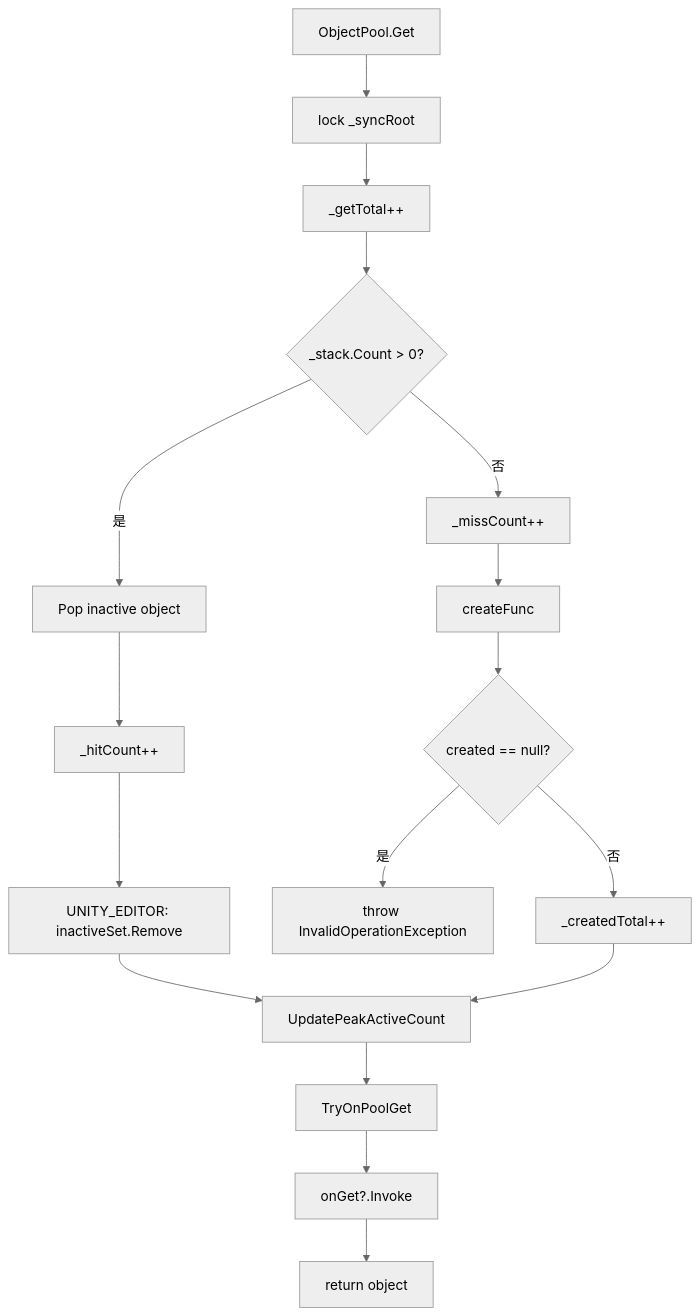
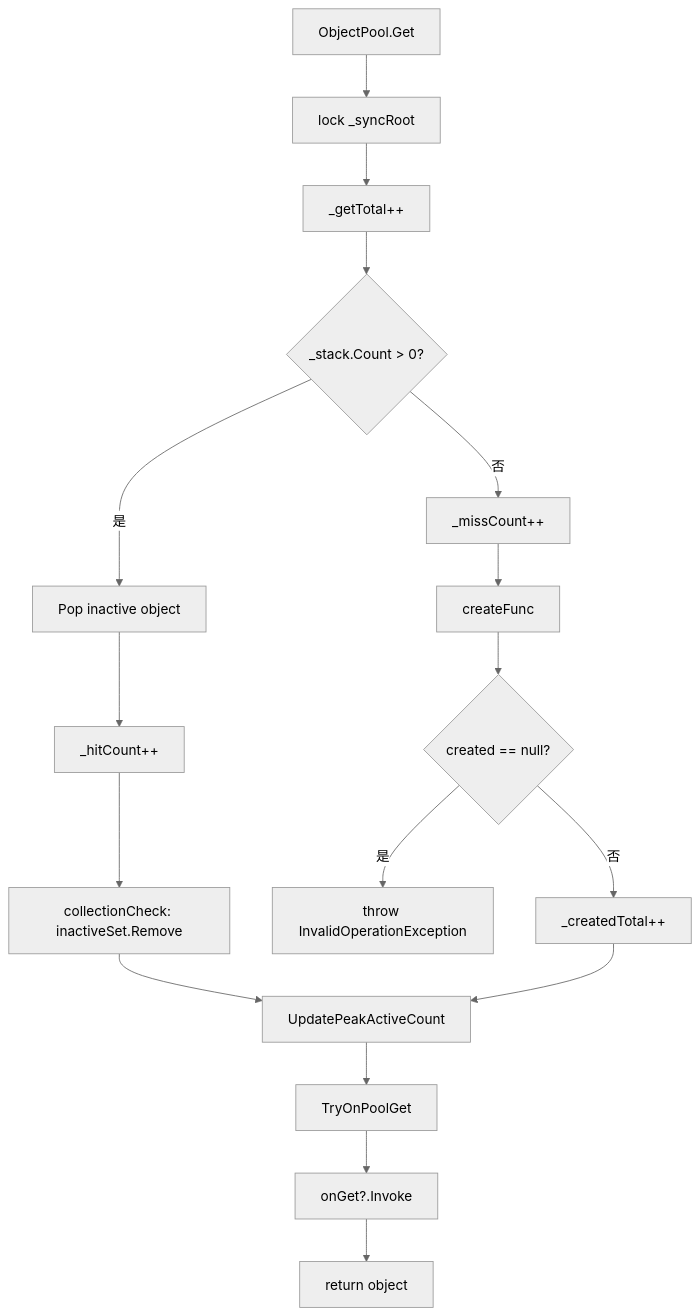
One commit to HOBOBO/AbilityKit changed the second of 10 diagrams in Docs/design/05-CommonModules/02-ObjectPool.md. Above: the diagram before and after it, drawn with Mermaid (neutral theme). The commit also changed other lines of this file and 537 other files, not shown here.

````diff
--- a/Docs/design/05-CommonModules/02-ObjectPool.md
+++ b/Docs/design/05-CommonModules/02-ObjectPool.md
@@ -133,19 +142,19 @@
 ```mermaid
 flowchart TB
     Start["ObjectPool<T>.Get"] --> Lock["lock _syncRoot"]
     Lock --> Inc["_getTotal++"]
     Inc --> Has{"_stack.Count > 0?"}
     Has -->|是| Pop["Pop inactive object"]
     Pop --> Hit["_hitCount++"]
-    Hit --> EditorRemove["UNITY_EDITOR: inactiveSet.Remove"]
-    EditorRemove --> Peak["UpdatePeakActiveCount"]
+    Hit --> InactiveRemove["collectionCheck: inactiveSet.Remove"]
+    InactiveRemove --> Peak["UpdatePeakActiveCount"]
     Has -->|否| Miss["_missCount++"]
     Miss --> Create["createFunc"]
     Create --> Null{created == null?}
     Null -->|是| Throw["throw InvalidOperationException"]
     Null -->|否| Created["_createdTotal++"]
     Created --> Peak
     Peak --> PoolGet["TryOnPoolGet"]
     PoolGet --> OnGet["onGet?.Invoke"]
     OnGet --> Return["return object"]
 ```
````
